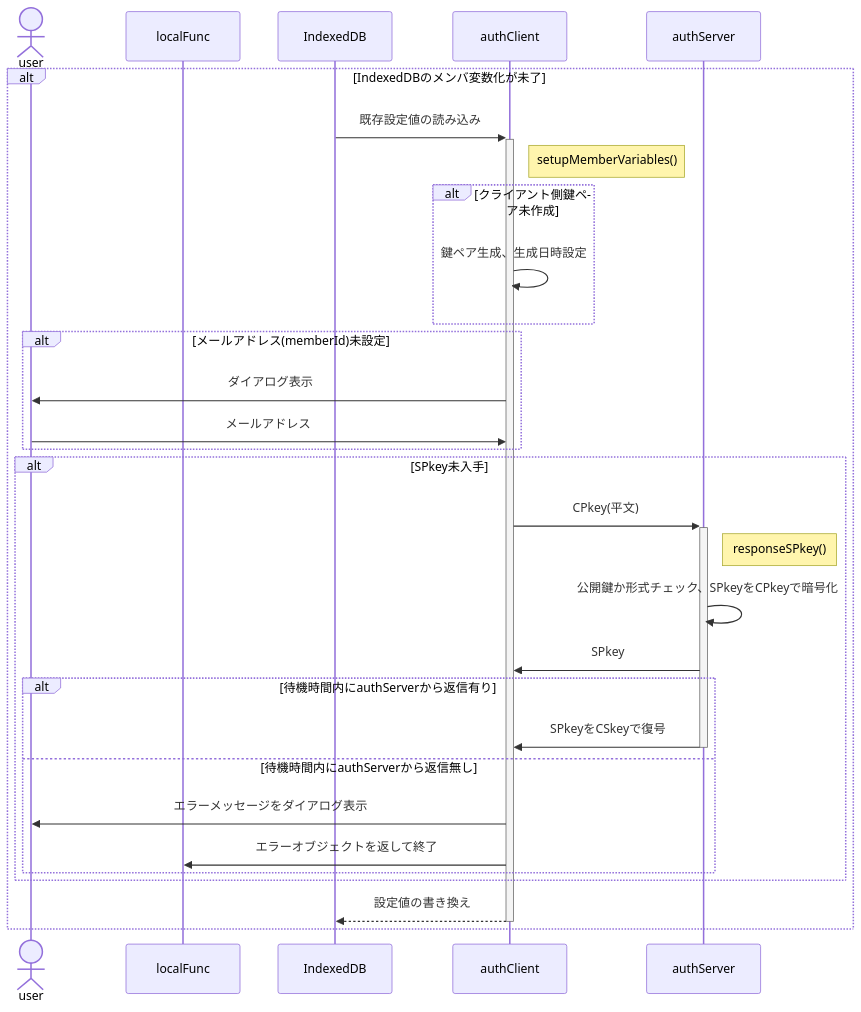
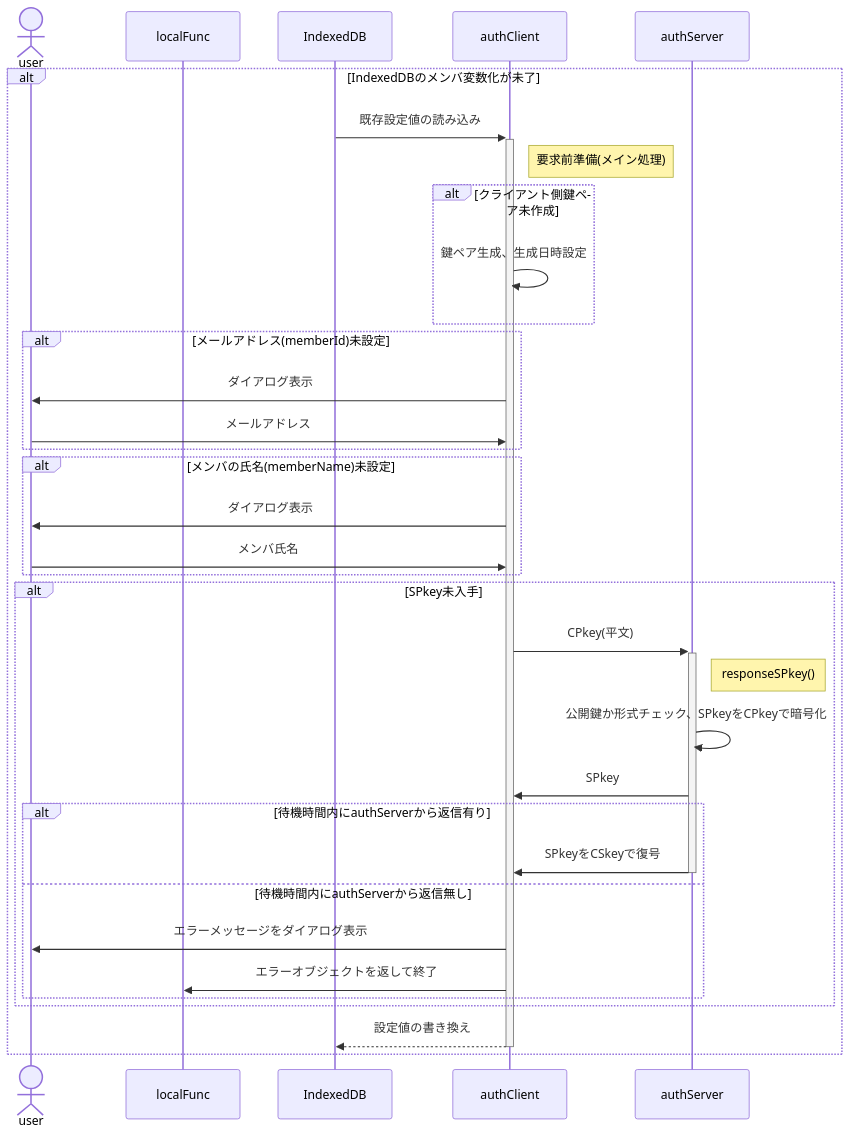
The second of 4 diagrams in underDev/Auth/question.md (nakaone/library), drawn with Mermaid before and after one commit. The commit also changed other lines of this file and 16 other files, not shown here.

````diff
--- a/underDev/Auth/question.md
+++ b/underDev/Auth/question.md
@@ -134,42 +149,46 @@
 ```mermaid
 %% 要求前準備
 
 sequenceDiagram
   actor user
   participant localFunc
   %%participant clientMail
   %%participant encryptRequest
   participant IndexedDB
   participant authClient
   participant authServer
   %%participant memberList
   %%participant decryptRequest
   %%participant serverFunc
   %%actor admin
 
   %% IndexedDB格納項目のメンバ変数化 ----------
   alt IndexedDBのメンバ変数化が未了
     IndexedDB->>+authClient: 既存設定値の読み込み
-    Note right of authClient: setupMemberVariables()
+    Note right of authClient: 要求前準備(メイン処理)
     alt クライアント側鍵ペア未作成
       authClient->>authClient: 鍵ペア生成、生成日時設定
     end
     alt メールアドレス(memberId)未設定
       authClient->>user: ダイアログ表示
       user->>authClient: メールアドレス
+    end
+    alt メンバの氏名(memberName)未設定
+      authClient->>user: ダイアログ表示
+      user->>authClient: メンバ氏名
     end
     alt SPkey未入手
       authClient->>+authServer: CPkey(平文)
       Note right of authServer: responseSPkey()
       authServer->>authServer: 公開鍵か形式チェック、SPkeyをCPkeyで暗号化
       authServer->>authClient: SPkey
       alt 待機時間内にauthServerから返信有り
         authServer->>-authClient: SPkeyをCSkeyで復号
       else 待機時間内にauthServerから返信無し
         authClient->>user: エラーメッセージをダイアログ表示
         authClient->>localFunc: エラーオブジェクトを返して終了
       end
     end
     authClient-->>-IndexedDB: 設定値の書き換え
   end
 ```
````
